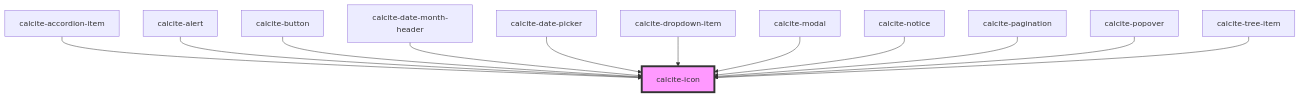
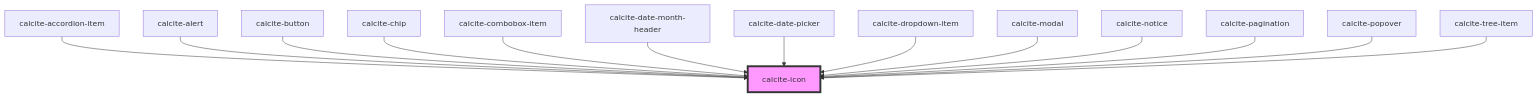
The diagram in src/components/calcite-icon/readme.md (vikivakarvc/calcite-design-system), drawn with Mermaid before and after one commit. The commit also changed other lines of this file and 10 other files, not shown here.

````diff
--- a/src/components/calcite-icon/readme.md
+++ b/src/components/calcite-icon/readme.md
@@ -48,15 +50,17 @@
 ```mermaid
 graph TD;
   calcite-accordion-item --> calcite-icon
   calcite-alert --> calcite-icon
   calcite-button --> calcite-icon
+  calcite-chip --> calcite-icon
+  calcite-combobox-item --> calcite-icon
   calcite-date-month-header --> calcite-icon
   calcite-date-picker --> calcite-icon
   calcite-dropdown-item --> calcite-icon
   calcite-modal --> calcite-icon
   calcite-notice --> calcite-icon
   calcite-pagination --> calcite-icon
   calcite-popover --> calcite-icon
   calcite-tree-item --> calcite-icon
   style calcite-icon fill:#f9f,stroke:#333,stroke-width:4px
 ```
````
